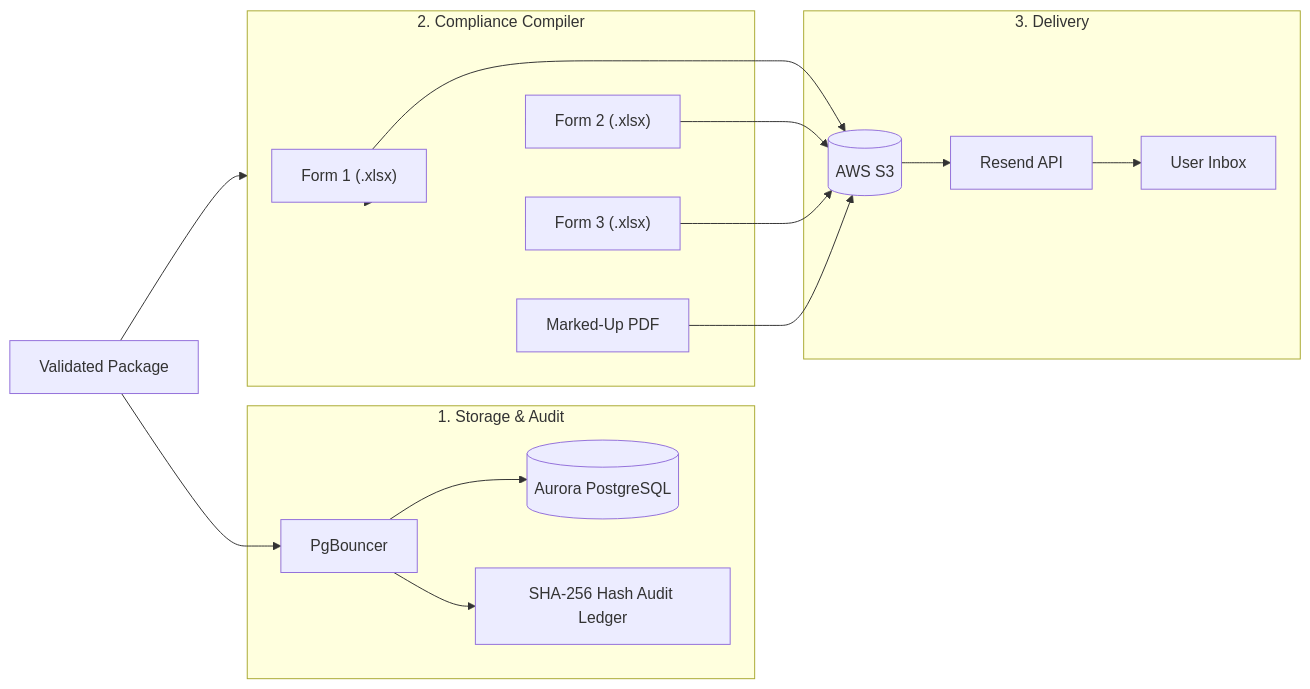
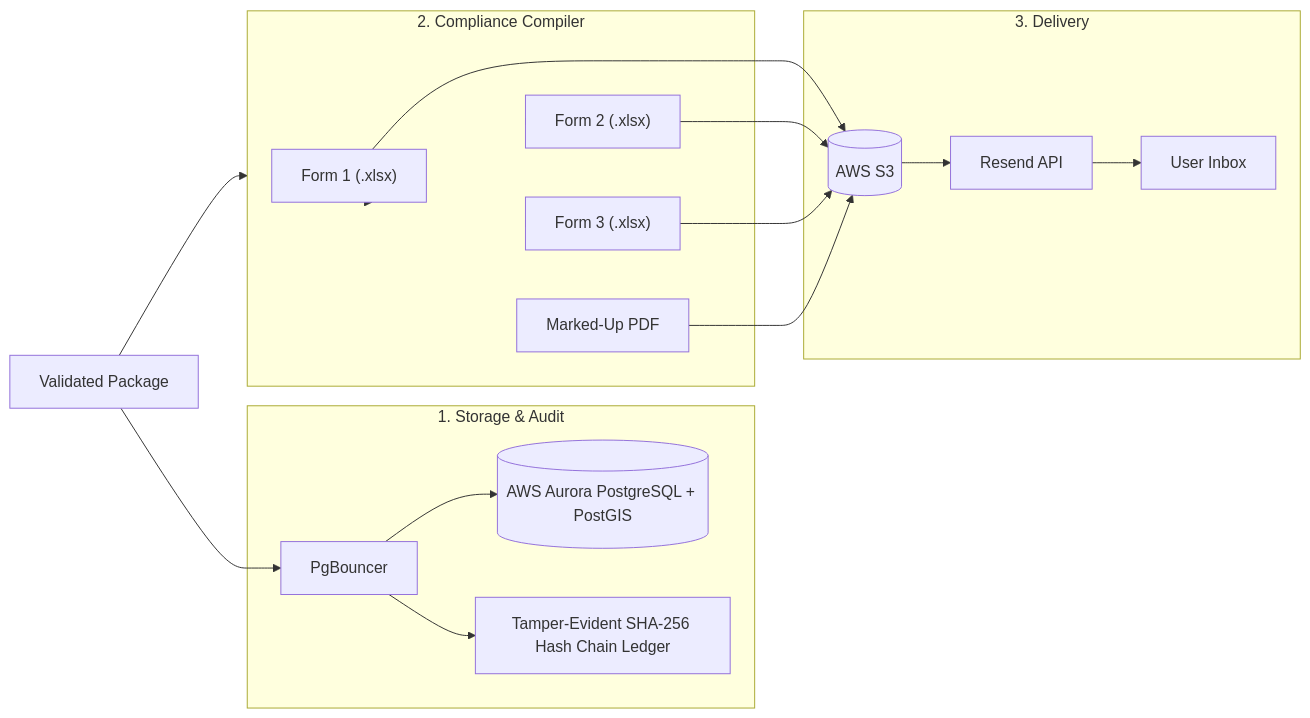
The fifth of 5 diagrams in Phase_3_System_Architecture_Stages.md (LoonistApp/Loonist), drawn with Mermaid before and after one commit. The commit also changed other lines of this file and 3 other files, not shown here.

Commit message:
docs: tighten architecture semantics for database, job states, validation workflow, and tamper-evident hash chain

````diff
--- a/Phase_3_System_Architecture_Stages.md
+++ b/Phase_3_System_Architecture_Stages.md
@@ -142,27 +150,27 @@
 ```mermaid
 flowchart LR
     Approved["Validated Package"]
     
     subgraph Storage ["1. Storage & Audit"]
         PgBouncer["PgBouncer"]
-        Postgres[("Aurora PostgreSQL")]
-        SHA256["SHA-256 Hash Audit Ledger"]
+        Postgres[("AWS Aurora PostgreSQL + PostGIS")]
+        SHA256["Tamper-Evident SHA-256 Hash Chain Ledger"]
     end
 
     subgraph Compiler ["2. Compliance Compiler"]
         Form1["Form 1 (.xlsx)"]
         Form2["Form 2 (.xlsx)"]
         Form3["Form 3 (.xlsx)"]
         PDFMarked["Marked-Up PDF"]
     end
 
     subgraph Email ["3. Delivery"]
         S3[("AWS S3")]
         Resend["Resend API"]
         Inbox["User Inbox"]
     end
 
     Approved --> PgBouncer --> Postgres & SHA256
     Approved --> Compiler --> Form1 & Form2 & Form3 & PDFMarked
     Form1 & Form2 & Form3 & PDFMarked --> S3 --> Resend --> Inbox
 ```
````
